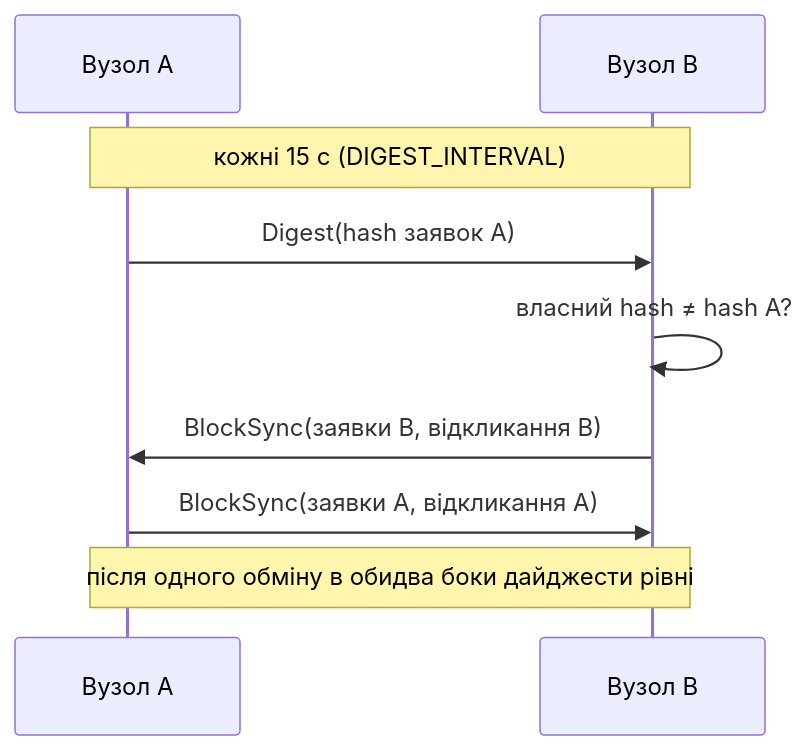
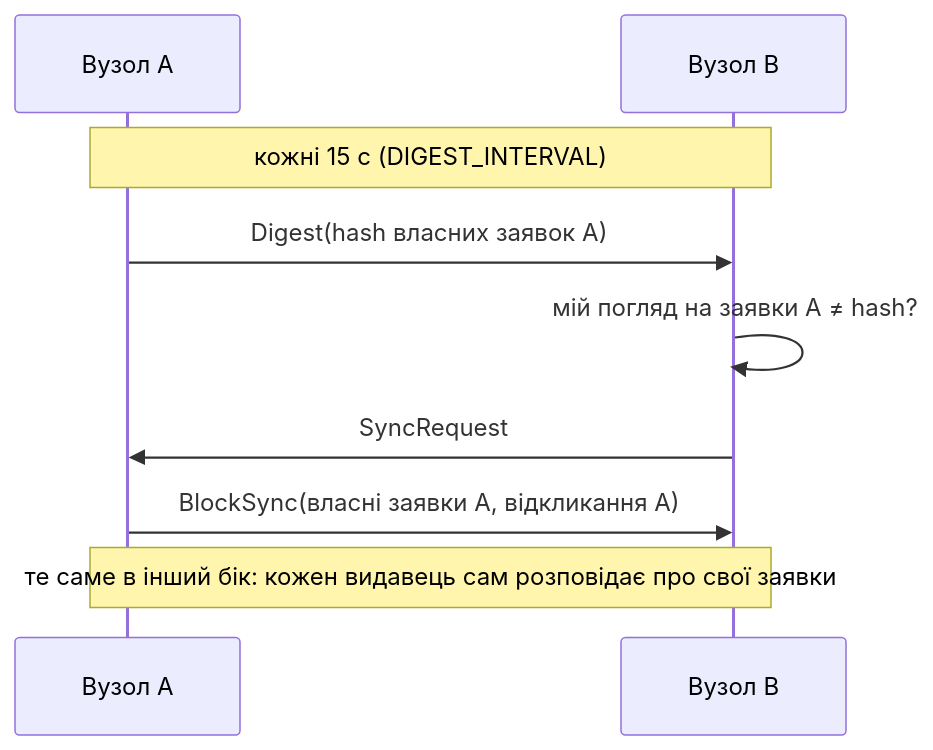
The fourth of 5 diagrams in ARCHITECTURE.md (ValkyrieSentinel/sokol-core), drawn with Mermaid before and after one commit. The commit also changed other lines of this file and 5 other files, not shown here.

````diff
--- a/ARCHITECTURE.md
+++ b/ARCHITECTURE.md
@@ -390,11 +391,11 @@
 ```mermaid
 sequenceDiagram
     participant A as Вузол A
     participant B as Вузол B
     Note over A,B: кожні 15 с (DIGEST_INTERVAL)
-    A->>B: Digest(hash заявок A)
-    B->>B: власний hash ≠ hash A?
-    B->>A: BlockSync(заявки B, відкликання B)
-    A->>B: BlockSync(заявки A, відкликання A)
-    Note over A,B: після одного обміну в обидва боки дайджести рівні
+    A->>B: Digest(hash власних заявок A)
+    B->>B: мій погляд на заявки A ≠ hash?
+    B->>A: SyncRequest
+    A->>B: BlockSync(власні заявки A, відкликання A)
+    Note over A,B: те саме в інший бік: кожен видавець сам розповідає про свої заявки
 ```
````
